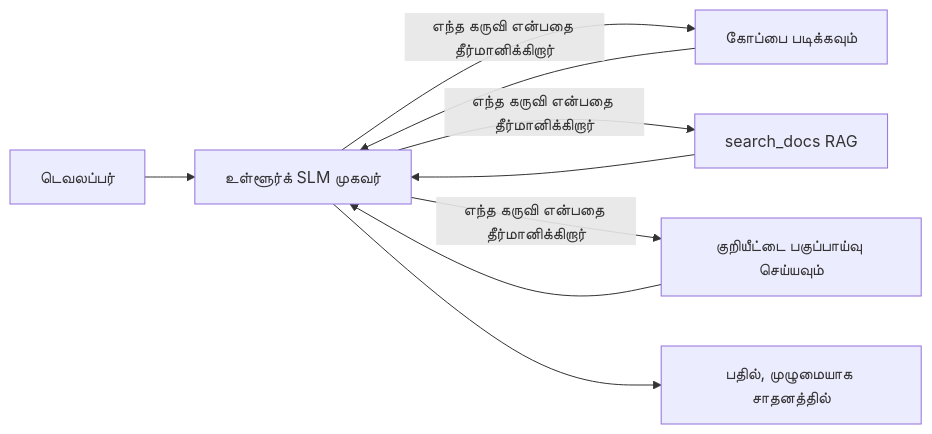
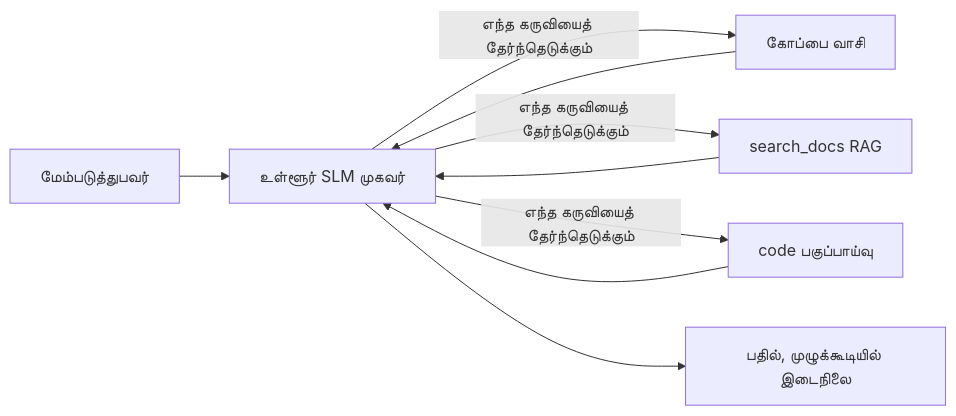
One commit to microsoft/ai-agents-for-beginners changed the first of 4 diagrams in translations/ta/17-creating-local-ai-agents/README.md. Above: the diagram before and after it, drawn with Mermaid. The commit also changed other lines of this file and 46 other files, not shown here.

````diff
--- a/translations/ta/17-creating-local-ai-agents/README.md
+++ b/translations/ta/17-creating-local-ai-agents/README.md
@@ -66,11 +66,11 @@
 ```mermaid
 flowchart LR
-    U[டெவலப்பர்] --> A[உள்ளூர்க் SLM முகவர்]
-    A -->|எந்த கருவி என்பதை தீர்மானிக்கிறார்| T1[கோப்பை படிக்கவும்]
-    A -->|எந்த கருவி என்பதை தீர்மானிக்கிறார்| T2[search_docs RAG]
-    A -->|எந்த கருவி என்பதை தீர்மானிக்கிறார்| T3[குறியீட்டை பகுப்பாய்வு செய்யவும்]
+    U[மேம்படுத்துபவர்] --> A[உள்ளூர் SLM முகவர்]
+    A -->|எந்த கருவியைத் தேர்ந்தெடுக்கும்| T1[கோப்பை வாசி]
+    A -->|எந்த கருவியைத் தேர்ந்தெடுக்கும்| T2[search_docs RAG]
+    A -->|எந்த கருவியைத் தேர்ந்தெடுக்கும்| T3[code பகுப்பாய்வு]
     T1 --> A
     T2 --> A
     T3 --> A
-    A --> R[பதில், முழுமையாக சாதனத்தில்]
+    A --> R[பதில், முழுக்கூடியில் இடைநிலை]
 ```
````
